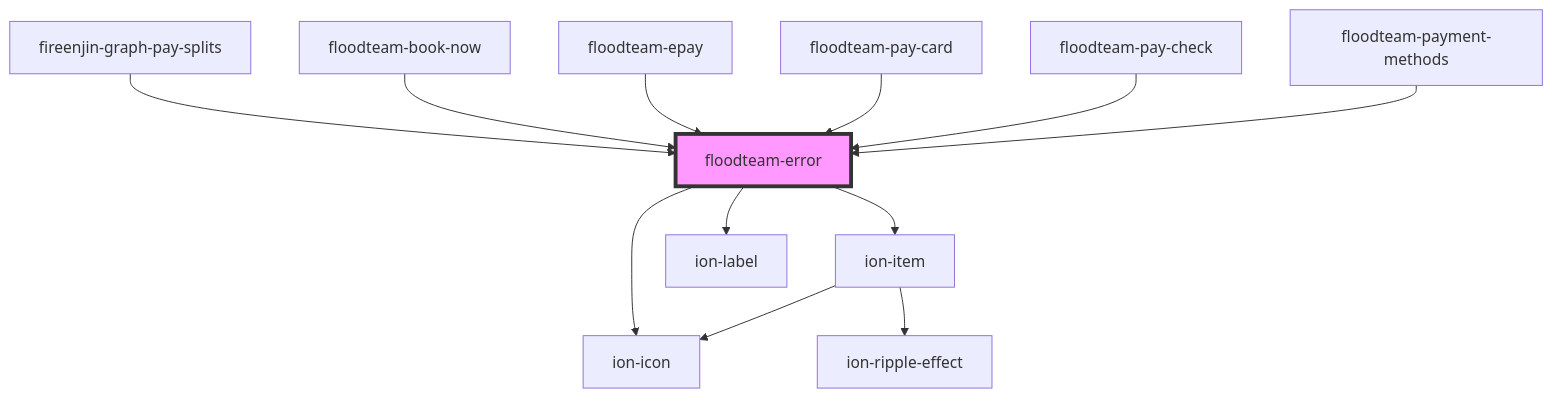
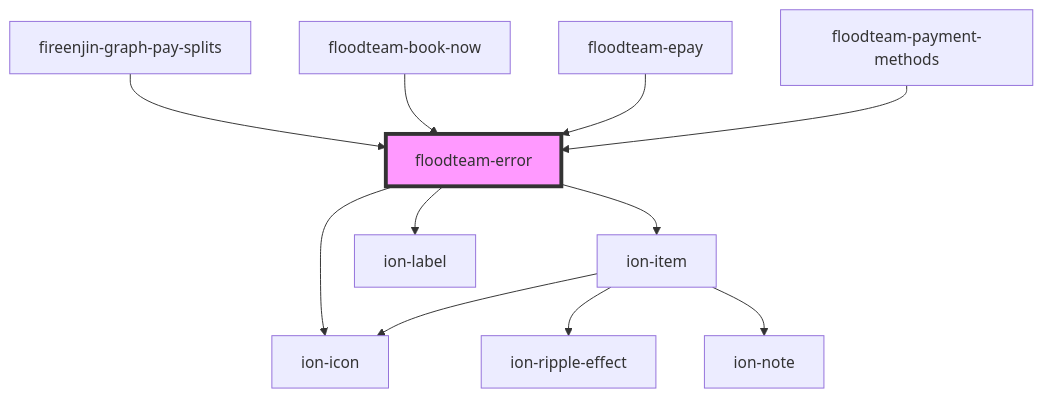
One commit to FloodTeam/components changed the diagram in src/components/error/readme.md. Above: the diagram before and after it, drawn with Mermaid. The commit also changed other lines of this file and 113 other files, not shown here.

````diff
--- a/src/components/error/readme.md
+++ b/src/components/error/readme.md
@@ -35,15 +33,14 @@
 ```mermaid
 graph TD;
   floodteam-error --> ion-item
   floodteam-error --> ion-icon
   floodteam-error --> ion-label
   ion-item --> ion-icon
   ion-item --> ion-ripple-effect
+  ion-item --> ion-note
   fireenjin-graph-pay-splits --> floodteam-error
   floodteam-book-now --> floodteam-error
   floodteam-epay --> floodteam-error
-  floodteam-pay-card --> floodteam-error
-  floodteam-pay-check --> floodteam-error
   floodteam-payment-methods --> floodteam-error
   style floodteam-error fill:#f9f,stroke:#333,stroke-width:4px
 ```
````
